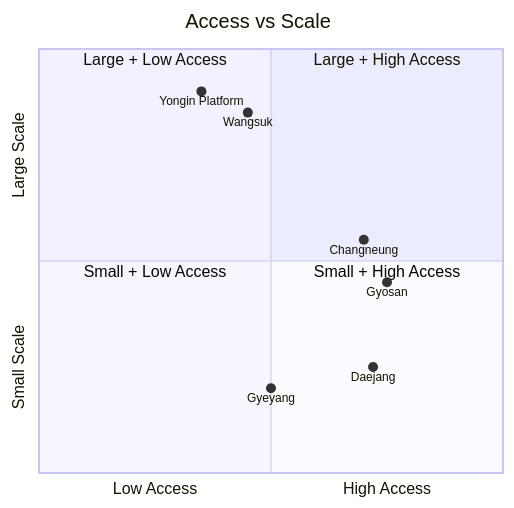
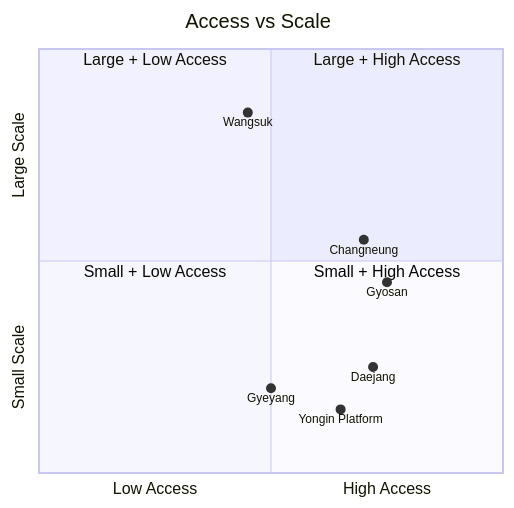
The diagram in docs/domains/real-estate-investment/products/index.md (OkyoKwon/studyNresearch), drawn with Mermaid before and after one commit. The commit also changed other lines of this file and 5 other files, not shown here.

````diff
--- a/docs/domains/real-estate-investment/products/index.md
+++ b/docs/domains/real-estate-investment/products/index.md
@@ -32,16 +32,16 @@
 ```mermaid
 quadrantChart
     title Access vs Scale
     x-axis Low Access --> High Access
     y-axis Small Scale --> Large Scale
     quadrant-1 Large + High Access
     quadrant-2 Large + Low Access
     quadrant-3 Small + Low Access
     quadrant-4 Small + High Access
     Wangsuk: [0.45, 0.85]
     Gyosan: [0.75, 0.45]
     Gyeyang: [0.50, 0.20]
     Changneung: [0.70, 0.55]
     Daejang: [0.72, 0.25]
-    Yongin Platform: [0.35, 0.90]
+    Yongin Platform: [0.65, 0.15]
 ```
````
